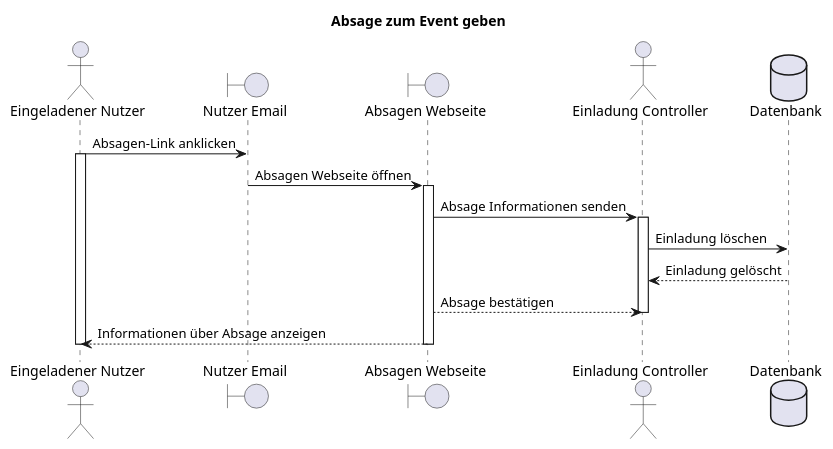
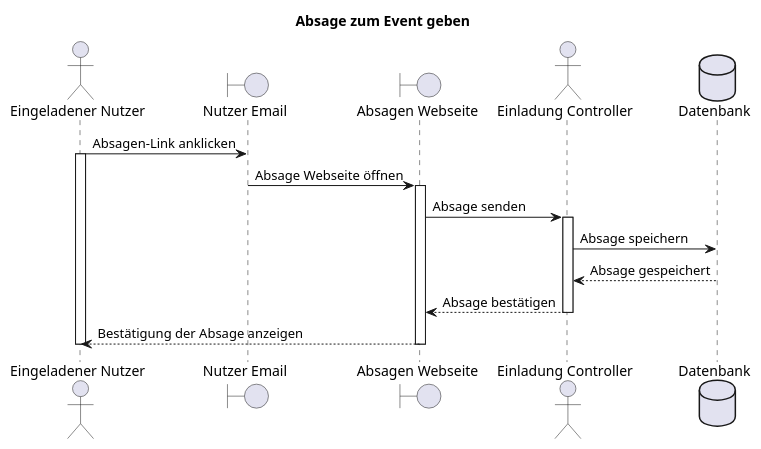
One commit to party-time-2/party-time changed the diagram in docs/F009/F009_absageZumEventGeben_seq.plantuml. Above: the diagram before and after it, drawn with PlantUML. The commit also changed 7 other files, not shown here.

Commit message:
f008 and f009 diagrams adjustment.

```diff
--- a/docs/F009/F009_absageZumEventGeben_seq.plantuml
+++ b/docs/F009/F009_absageZumEventGeben_seq.plantuml
@@ -1,23 +1,23 @@
 @startuml F009_absageZumEventGeben_seq
 title "Absage zum Event geben"
 
 actor "Eingeladener Nutzer" as user
 boundary "Nutzer Email" as userMail
 boundary "Absagen Webseite" as declineMask
 actor "Einladung Controller" as controller
 database "Datenbank" as db
 
 user -> userMail: Absagen-Link anklicken
 activate user
-userMail -> declineMask: Absagen Webseite öffnen
+userMail -> declineMask: Absage Webseite öffnen
 activate declineMask
-declineMask -> controller: Absage Informationen senden
+declineMask -> controller: Absage senden
 activate controller
-controller -> db: Einladung löschen
-controller <-- db: Einladung gelöscht
-controller <-- declineMask: Absage bestätigen
+controller -> db: Absage speichern
+controller <-- db: Absage gespeichert
+declineMask <-- controller: Absage bestätigen
 deactivate controller
-user <-- declineMask: Informationen über Absage anzeigen
+user <-- declineMask: Bestätigung der Absage anzeigen
 deactivate declineMask
 deactivate user
 @enduml
```
